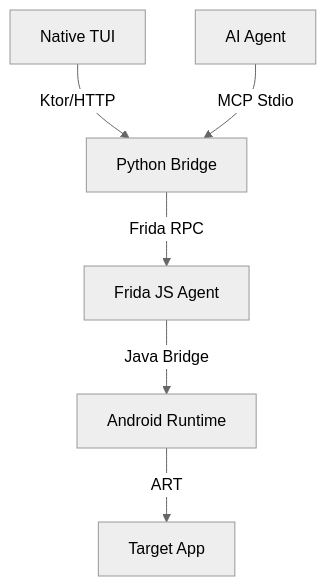
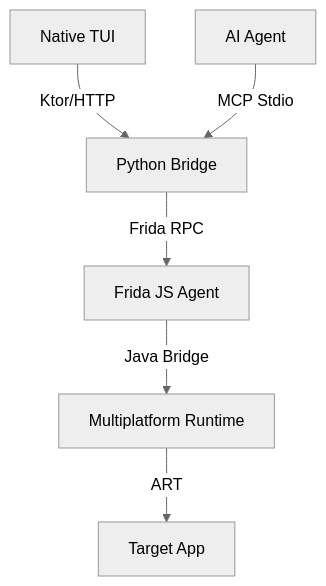
The diagram in README.md (victorlpgazolli/barbatos), drawn with Mermaid (neutral theme) before and after one commit. The commit also changed other lines of this file and 3 other files, not shown here.

````diff
--- a/README.md
+++ b/README.md
@@ -95,8 +95,8 @@
 ```mermaid
 graph TD
     A[Native TUI] -->|Ktor/HTTP| C[Python Bridge]
     B[AI Agent] -->|MCP Stdio| C
     C -->|Frida RPC| D[Frida JS Agent]
-    D -->|Java Bridge| E[Android Runtime]
+    D -->|Java Bridge| E[Multiplatform Runtime]
     E -->|ART| F[Target App]
 ```
````
